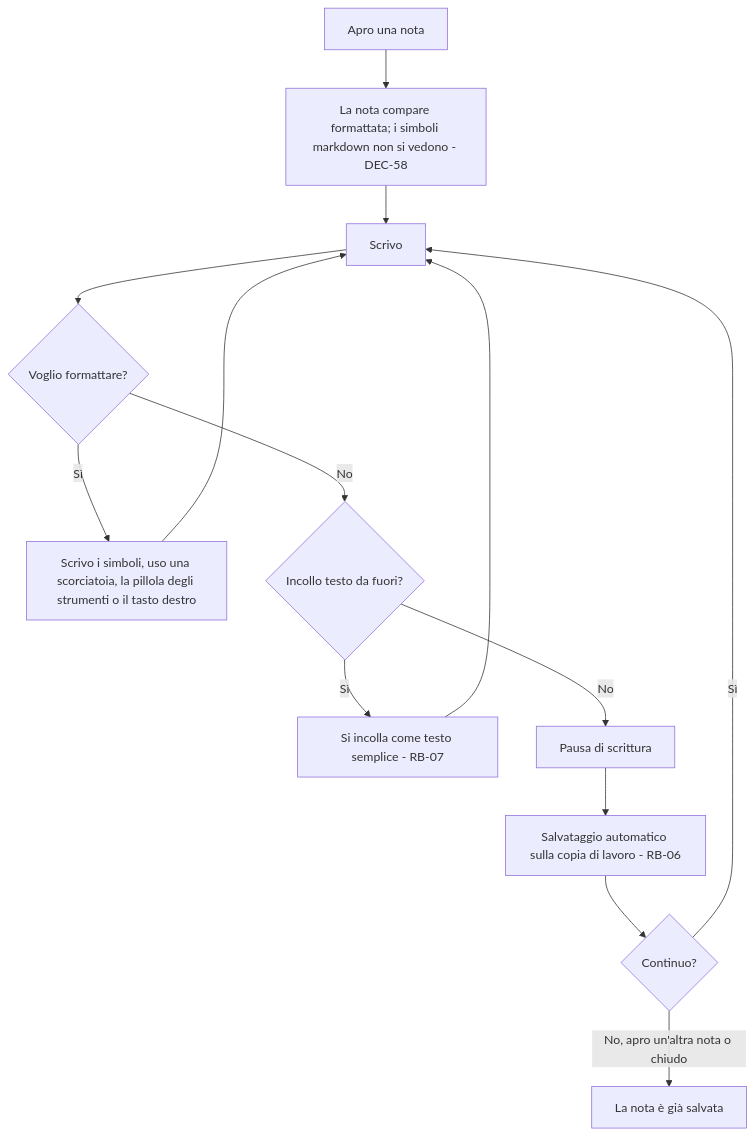
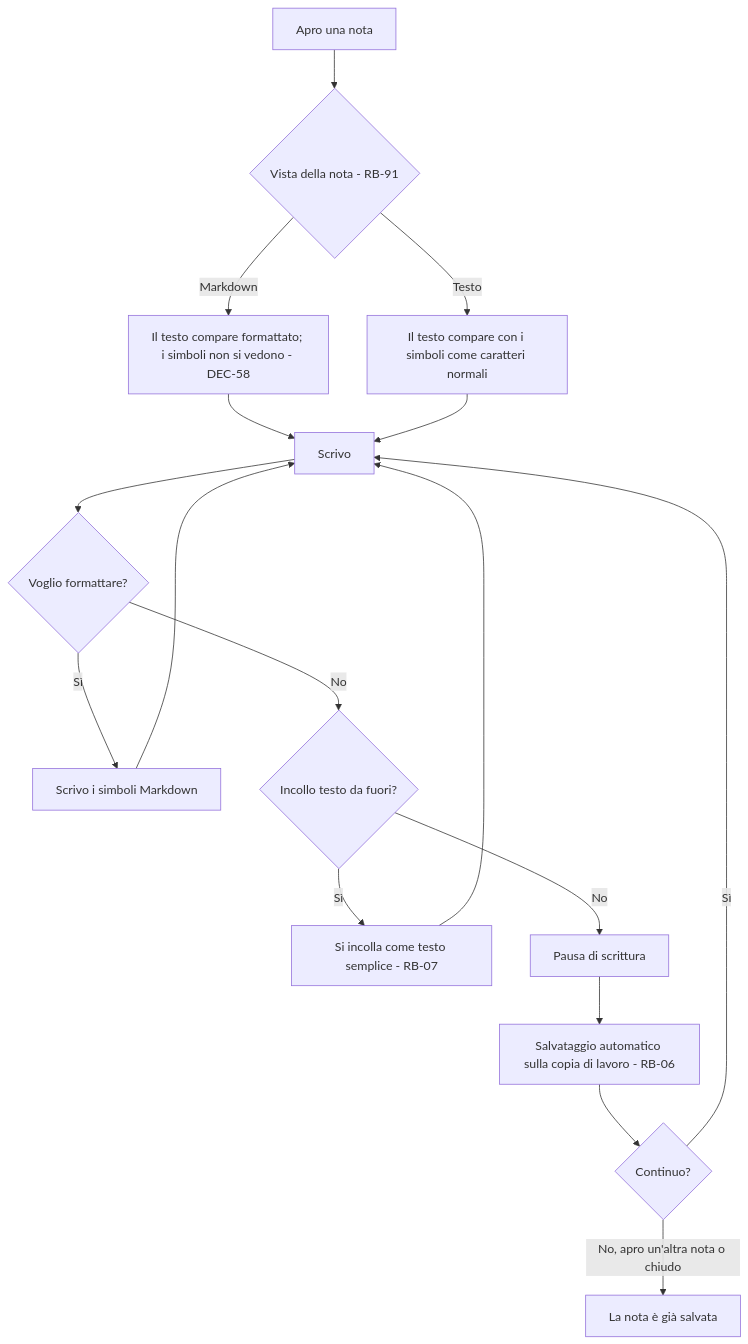
The third of 5 diagrams in docs/moduli/note/2-flussi.md (Helmutsti/MemoDu), drawn with Mermaid before and after one commit. The commit also changed other lines of this file and 1 other file, not shown here.

Commit message:
DEC-130: Fase 2 di RF-02, FL-02 con la vista e RB-91, RB-92

````diff
--- a/docs/moduli/note/2-flussi.md
+++ b/docs/moduli/note/2-flussi.md
@@ -86,16 +86,19 @@
 ```mermaid
 flowchart TD
-    A[Apro una nota] --> B[La nota compare formattata; i simboli markdown non si vedono - DEC-58]
+    A[Apro una nota] --> V{Vista della nota - RB-91}
+    V -- Markdown --> B[Il testo compare formattato; i simboli non si vedono - DEC-58]
+    V -- Testo --> B2[Il testo compare con i simboli come caratteri normali]
     B --> C[Scrivo]
+    B2 --> C
     C --> D{Voglio formattare?}
-    D -- Sì --> E[Scrivo i simboli, uso una scorciatoia, la pillola degli strumenti o il tasto destro]
+    D -- Sì --> E[Scrivo i simboli Markdown]
     E --> C
     D -- No --> F{Incollo testo da fuori?}
     F -- Sì --> G[Si incolla come testo semplice - RB-07]
     G --> C
     F -- No --> H[Pausa di scrittura]
     H --> I[Salvataggio automatico sulla copia di lavoro - RB-06]
     I --> J{Continuo?}
     J -- Sì --> C
     J -- No, apro un'altra nota o chiudo --> K[La nota è già salvata]
 ```
````
